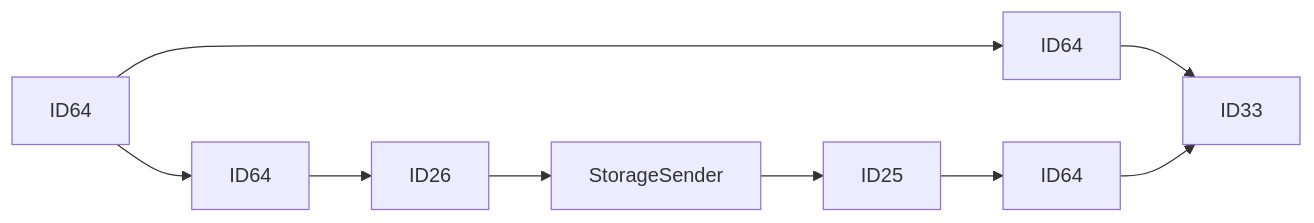
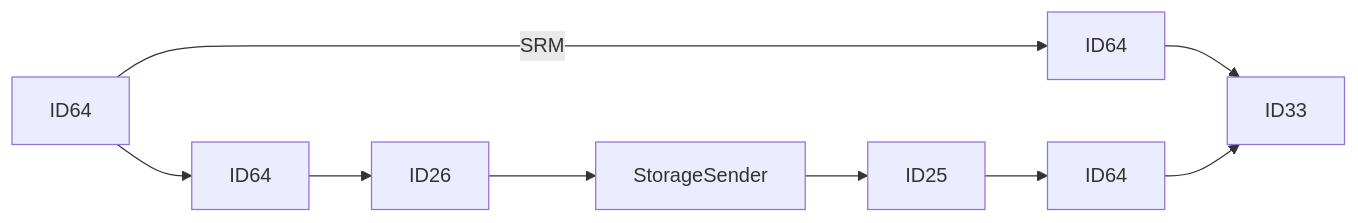
Before and after one commit to luthfiadityaa/SimeDarby-Wiki: the third of 24 diagrams in Basic-Design/DFD-WMS/Storage/Unplanned-Storage/Unplanned-Storage-from-HP.md, drawn with Mermaid.

Commit message:
Updated Unplanned Storage from HP

```diff
--- a/Basic-Design/DFD-WMS/Storage/Unplanned-Storage/Unplanned-Storage-from-HP.md
+++ b/Basic-Design/DFD-WMS/Storage/Unplanned-Storage/Unplanned-Storage-from-HP.md
@@ -30,8 +30,8 @@
 ::: mermaid
 flowchart LR
-P18[ID64]--->P13[ID64]  
+P18[ID64]---> |SRM| P13[ID64]  
 P18[ID64]-->P19[ID64]-->P20[ID26]-->P21[StorageSender]-->P22[ID25]-->P23[ID64]
 
 P13[ID64]-->P14[ID33]
 P23[ID64]-->P14[ID33]
 :::
```
